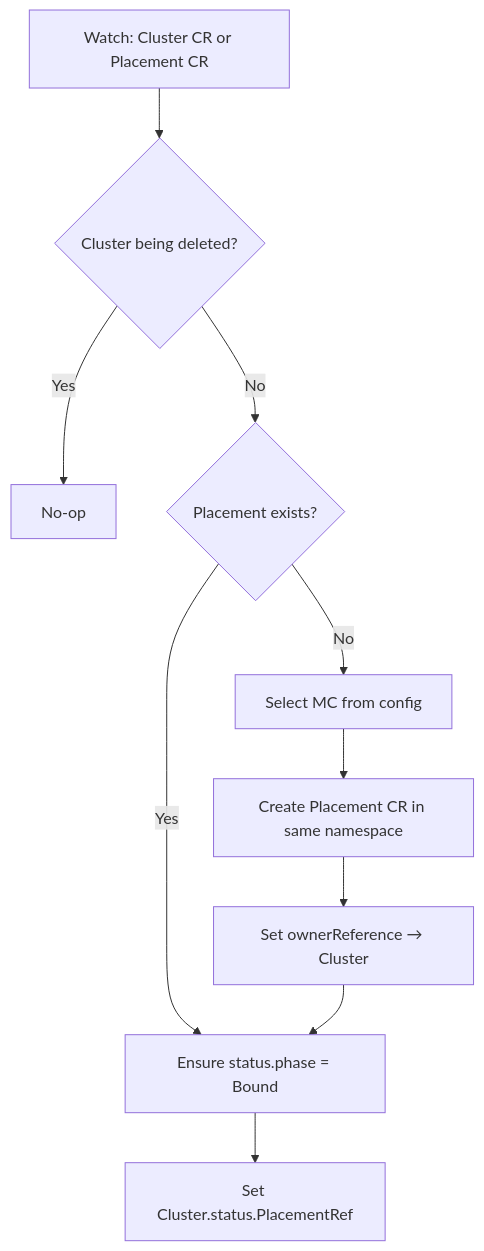
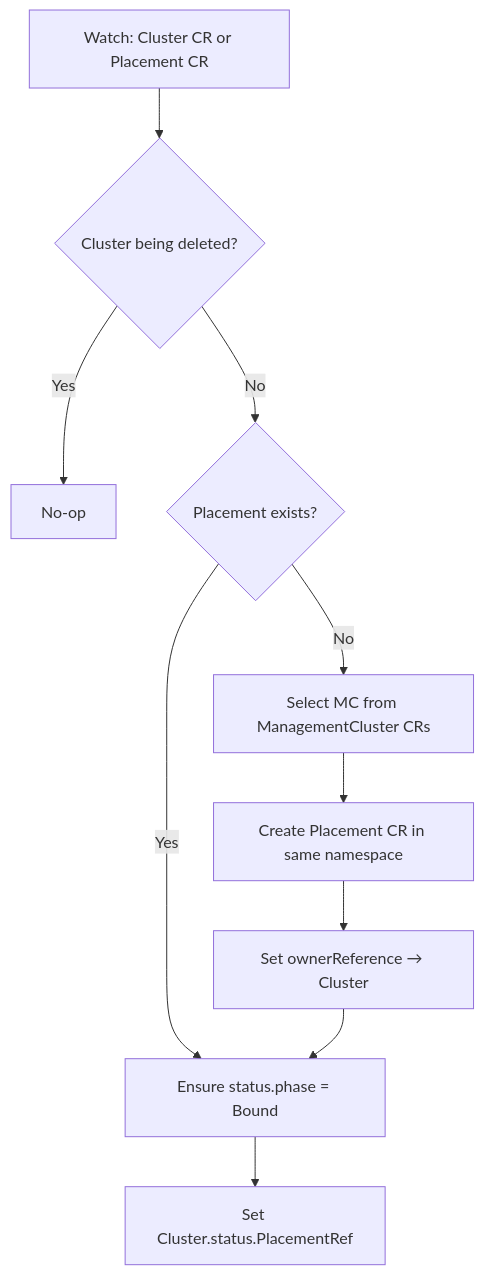
Before and after one commit to typeid/hyperfleet-operator: the diagram in docs/placement-controller.md, drawn with Mermaid. The commit also changed other lines of this file and 46 other files, not shown here.

````diff
--- a/docs/placement-controller.md
+++ b/docs/placement-controller.md
@@ -13,12 +13,12 @@
 ```mermaid
 flowchart TD
     A[Watch: Cluster CR or Placement CR] --> B{Cluster being deleted?}
     B -->|Yes| C[No-op]
     B -->|No| D{Placement exists?}
     D -->|Yes| E[Ensure status.phase = Bound]
-    D -->|No| F[Select MC from config]
+    D -->|No| F[Select MC from ManagementCluster CRs]
     F --> G[Create Placement CR in same namespace]
     G --> H[Set ownerReference → Cluster]
     H --> E
     E --> I[Set Cluster.status.PlacementRef]
 ```
````
